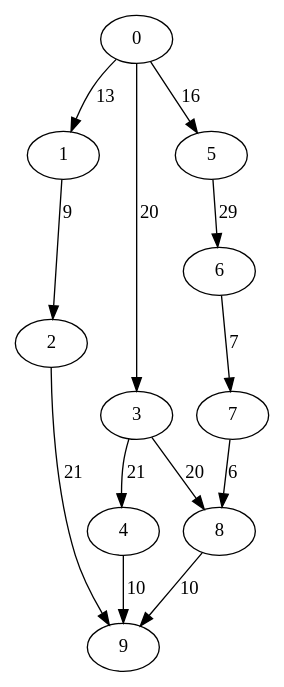
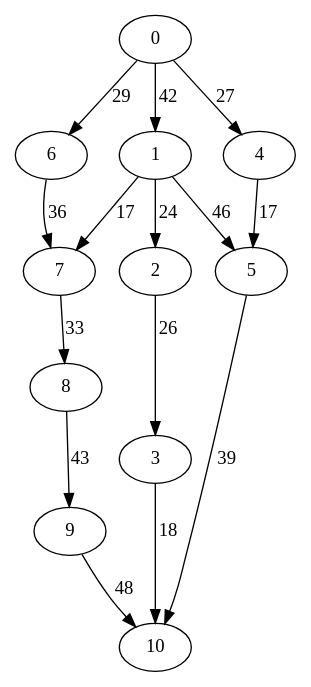
One commit to asaloniti/DagScheduling changed the diagram in dotfiles/data9.dot. Above: the diagram before and after it, drawn with Graphviz. The commit also changed 27 other files, not shown here.

```diff
--- a/dotfiles/data9.dot
+++ b/dotfiles/data9.dot
@@ -1,14 +1,16 @@
 digraph data9 {
-0 -> 1 [ label = 13 ];
-0 -> 3 [ label = 20 ];
-0 -> 5 [ label = 16 ];
-1 -> 2 [ label = 9 ];
-2 -> 9 [ label = 21 ];
-3 -> 4 [ label = 21 ];
-3 -> 8 [ label = 20 ];
-4 -> 9 [ label = 10 ];
-5 -> 6 [ label = 29 ];
-6 -> 7 [ label = 7 ];
-7 -> 8 [ label = 6 ];
-8 -> 9 [ label = 10 ];
+0 -> 1 [ label = 42 ];
+0 -> 4 [ label = 27 ];
+0 -> 6 [ label = 29 ];
+1 -> 2 [ label = 24 ];
+1 -> 5 [ label = 46 ];
+1 -> 7 [ label = 17 ];
+2 -> 3 [ label = 26 ];
+3 -> 10 [ label = 18 ];
+4 -> 5 [ label = 17 ];
+5 -> 10 [ label = 39 ];
+6 -> 7 [ label = 36 ];
+7 -> 8 [ label = 33 ];
+8 -> 9 [ label = 43 ];
+9 -> 10 [ label = 48 ];
  }
```
